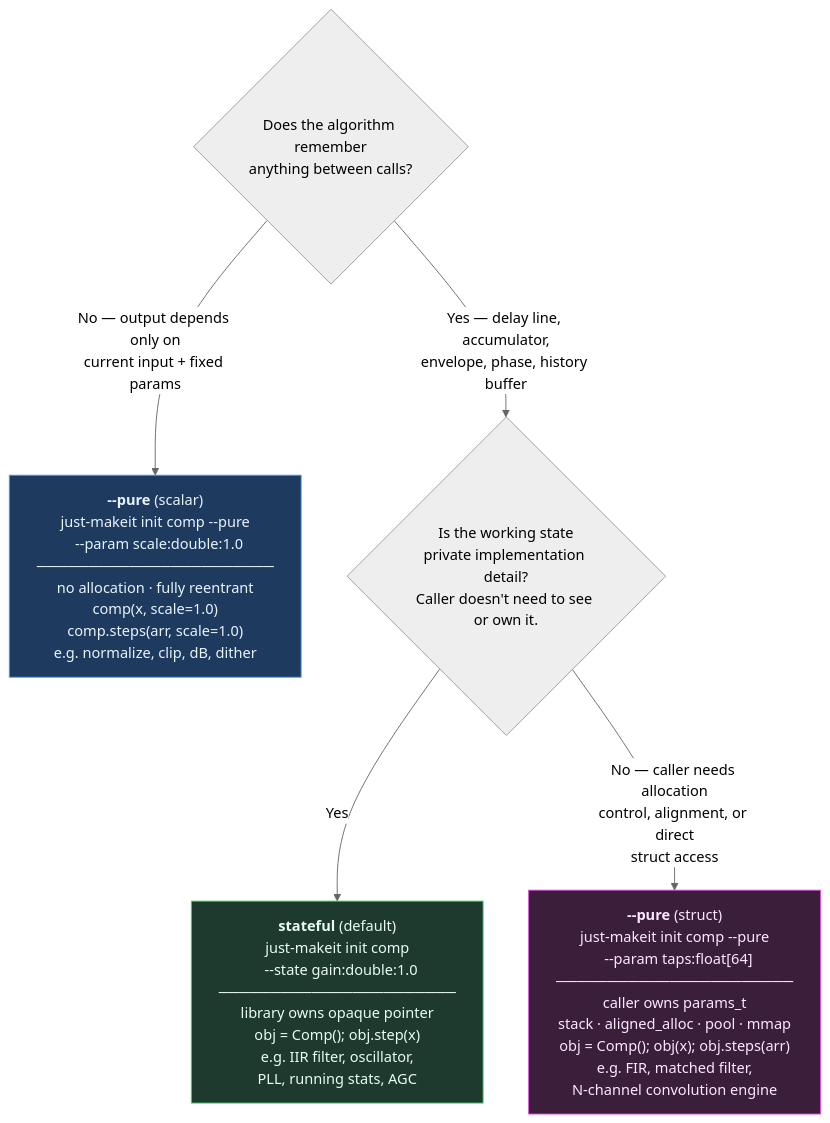
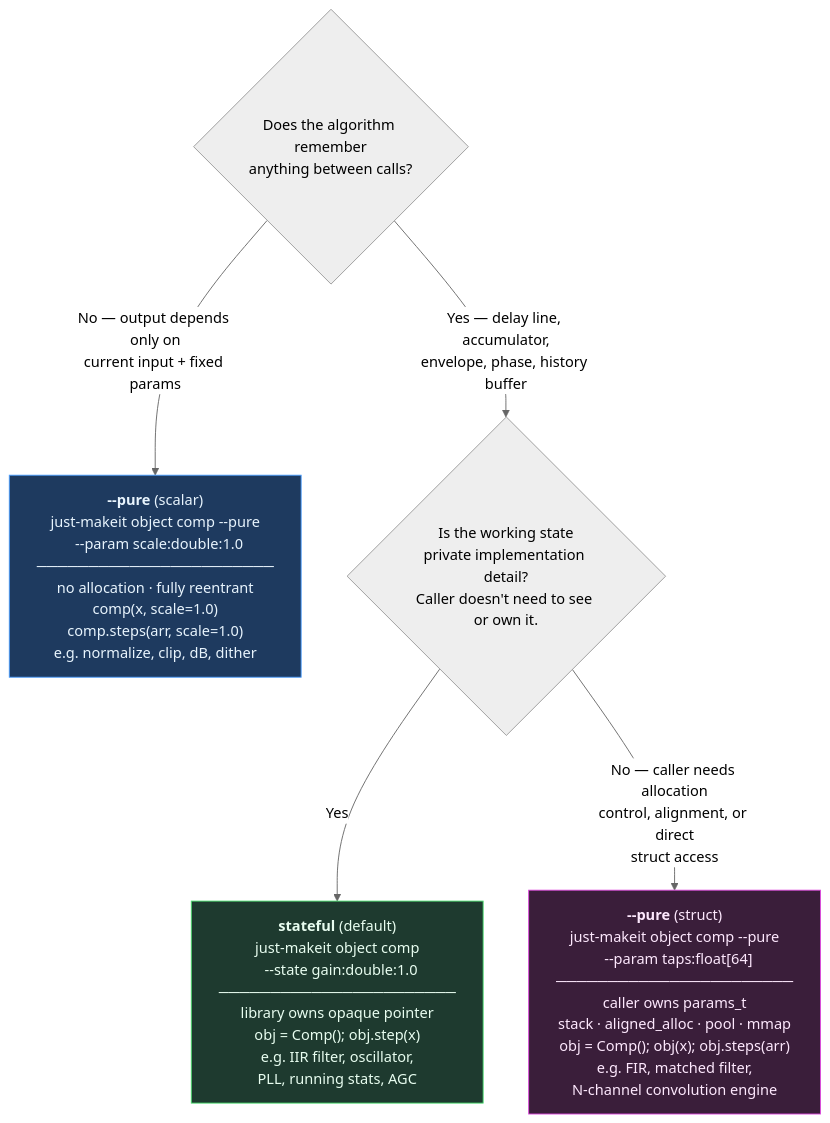
The diagram in docs/pure.md (just-buildit/just-makeit), drawn with Mermaid (neutral theme) before and after one commit. The commit also changed other lines of this file and 39 other files, not shown here.

First line of the commit message:
feat!: unify init/component → object; bump to 0.9.0

````diff
--- a/docs/pure.md
+++ b/docs/pure.md
@@ -282,22 +282,22 @@
 ```mermaid
 flowchart TD
     Q1{"Does the algorithm remember\nanything between calls?"}
 
     Q1 -->|"No — output depends only on\ncurrent input + fixed params"| SCALAR
     Q1 -->|"Yes — delay line, accumulator,\nenvelope, phase, history buffer"| Q2
 
     Q2{"Is the working state\nprivate implementation detail?\nCaller doesn't need to see or own it."}
 
     Q2 -->|Yes| STATEFUL
     Q2 -->|"No — caller needs allocation\ncontrol, alignment, or direct\nstruct access"| STRUCT
 
-    SCALAR["<b>--pure</b> (scalar)\njust-makeit init comp --pure\n  --param scale:double:1.0\n───────────────────────\nno allocation · fully reentrant\ncomp(x, scale=1.0)\ncomp.steps(arr, scale=1.0)\ne.g. normalize, clip, dB, dither"]
+    SCALAR["<b>--pure</b> (scalar)\njust-makeit object comp --pure\n  --param scale:double:1.0\n───────────────────────\nno allocation · fully reentrant\ncomp(x, scale=1.0)\ncomp.steps(arr, scale=1.0)\ne.g. normalize, clip, dB, dither"]
 
-    STATEFUL["<b>stateful</b> (default)\njust-makeit init comp\n  --state gain:double:1.0\n───────────────────────\nlibrary owns opaque pointer\nobj = Comp(); obj.step(x)\ne.g. IIR filter, oscillator,\nPLL, running stats, AGC"]
+    STATEFUL["<b>stateful</b> (default)\njust-makeit object comp\n  --state gain:double:1.0\n───────────────────────\nlibrary owns opaque pointer\nobj = Comp(); obj.step(x)\ne.g. IIR filter, oscillator,\nPLL, running stats, AGC"]
 
-    STRUCT["<b>--pure</b> (struct)\njust-makeit init comp --pure\n  --param taps:float[64]\n───────────────────────\ncaller owns params_t\nstack · aligned_alloc · pool · mmap\nobj = Comp(); obj(x); obj.steps(arr)\ne.g. FIR, matched filter,\nN-channel convolution engine"]
+    STRUCT["<b>--pure</b> (struct)\njust-makeit object comp --pure\n  --param taps:float[64]\n───────────────────────\ncaller owns params_t\nstack · aligned_alloc · pool · mmap\nobj = Comp(); obj(x); obj.steps(arr)\ne.g. FIR, matched filter,\nN-channel convolution engine"]
 
     style SCALAR   fill:#1e3a5f,stroke:#4a9eff,color:#e8f4fd
     style STATEFUL fill:#1e3a2f,stroke:#4adf6f,color:#e8fdf0
     style STRUCT   fill:#3a1e3a,stroke:#df4adf,color:#fde8fd
 ```
````
